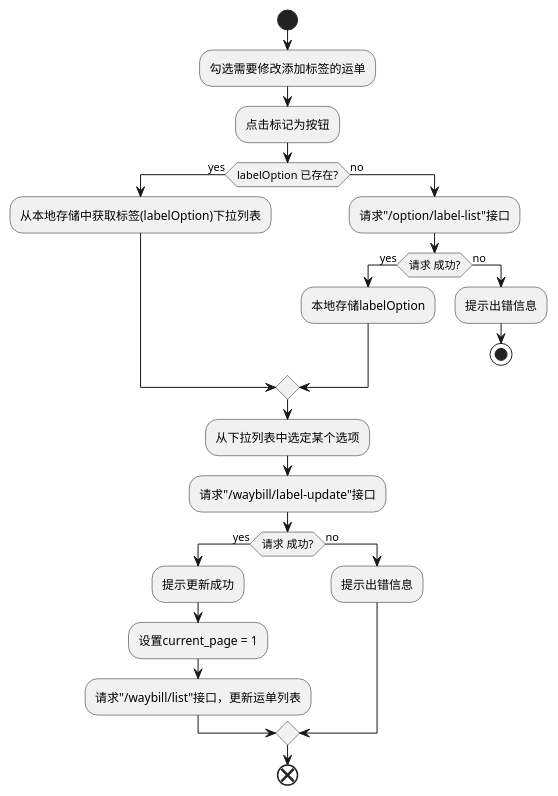
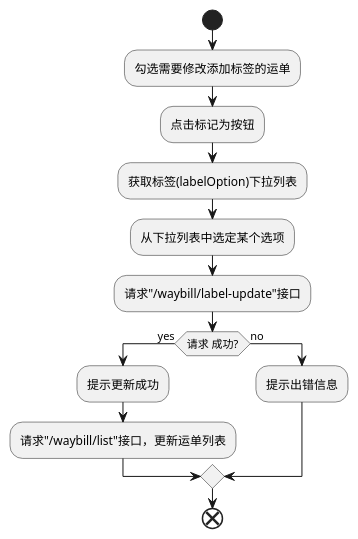
One commit to futurekidult/lis changed the diagram in docs/development-flow-diagram.puml/logistics-list/mark-label.puml. Above: the diagram before and after it, drawn with PlantUML. The commit also changed 13 other files, not shown here.

```diff
--- a/docs/development-flow-diagram.puml/logistics-list/mark-label.puml
+++ b/docs/development-flow-diagram.puml/logistics-list/mark-label.puml
@@ -1,28 +1,17 @@
 @startuml
 
 start
 :勾选需要修改添加标签的运单;
 :点击标记为按钮;
-if(labelOption 已存在?) then(yes)
-  :从本地存储中获取标签(labelOption)下拉列表;
-else (no)
-  :请求"/option/label-list"接口;
-  if(请求 成功?) then (yes)
-    :本地存储labelOption;
-  else (no)
-    :提示出错信息;
-    stop
-  endif
-endif
+:获取标签(labelOption)下拉列表;
 :从下拉列表中选定某个选项;
 :请求"/waybill/label-update"接口;
 if(请求 成功?) then (yes)
   :提示更新成功;
-  :设置current_page = 1;
   :请求"/waybill/list"接口，更新运单列表;
 else (no)
   :提示出错信息;
 endif
 end
 
 @enduml
```
